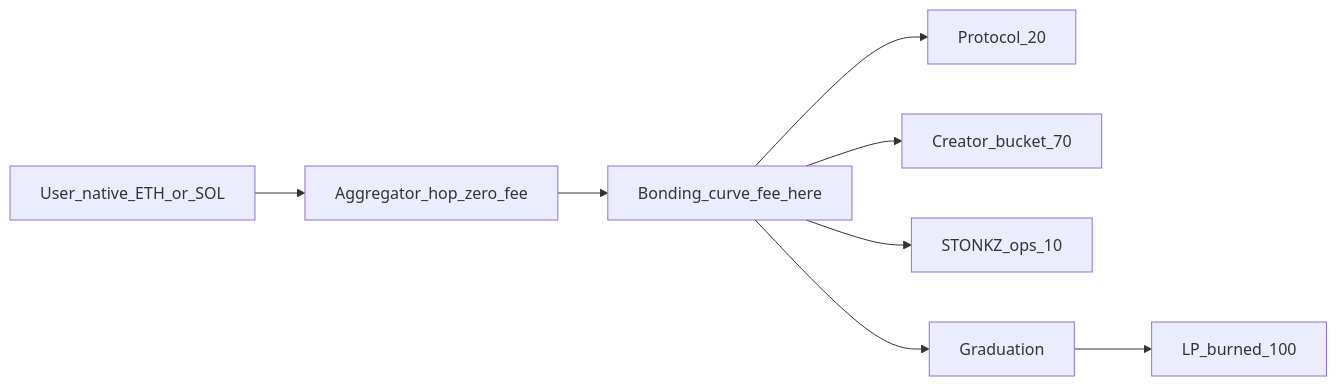
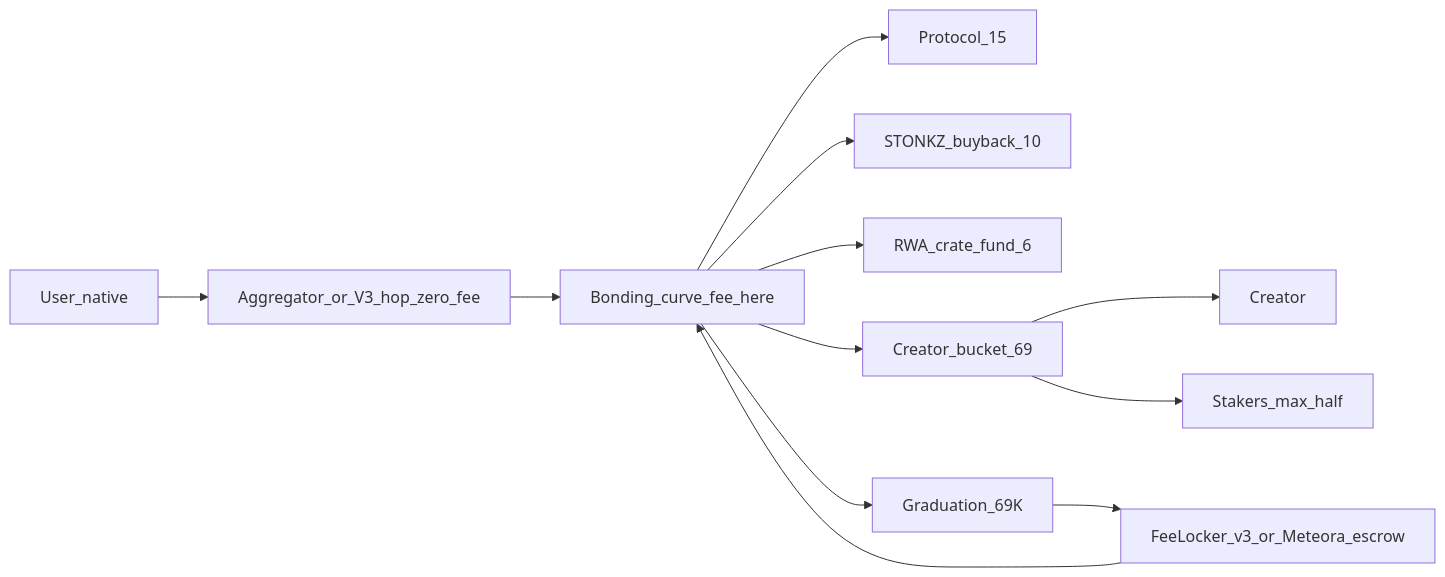
The diagram in docs/audit-package.md (retalesol/stonkz-app), drawn with Mermaid before and after one commit. The commit also changed other lines of this file and 78 other files, not shown here.

````diff
--- a/docs/audit-package.md
+++ b/docs/audit-package.md
@@ -52,16 +179,21 @@
 ```mermaid
 flowchart LR
-  user[User_native_ETH_or_SOL]
-  agg[Aggregator_hop_zero_fee]
+  user[User_native]
+  hop[Aggregator_or_V3_hop_zero_fee]
   curve[Bonding_curve_fee_here]
-  protocol[Protocol_20]
-  creator[Creator_bucket_70]
-  ops[STONKZ_ops_10]
-  grad[Graduation]
-  burn[LP_burned_100]
-  user --> agg --> curve
+  protocol[Protocol_15]
+  ops[STONKZ_buyback_10]
+  rwa[RWA_crate_fund_6]
+  bucket[Creator_bucket_69]
+  creator[Creator]
+  stakers[Stakers_max_half]
+  grad[Graduation_69K]
+  lock[FeeLocker_v3_or_Meteora_escrow]
+  user --> hop --> curve
   curve --> protocol
-  curve --> creator
   curve --> ops
-  curve --> grad --> burn
+  curve --> rwa
+  curve --> bucket --> creator
+  bucket --> stakers
+  curve --> grad --> lock --> curve
 ```
````
